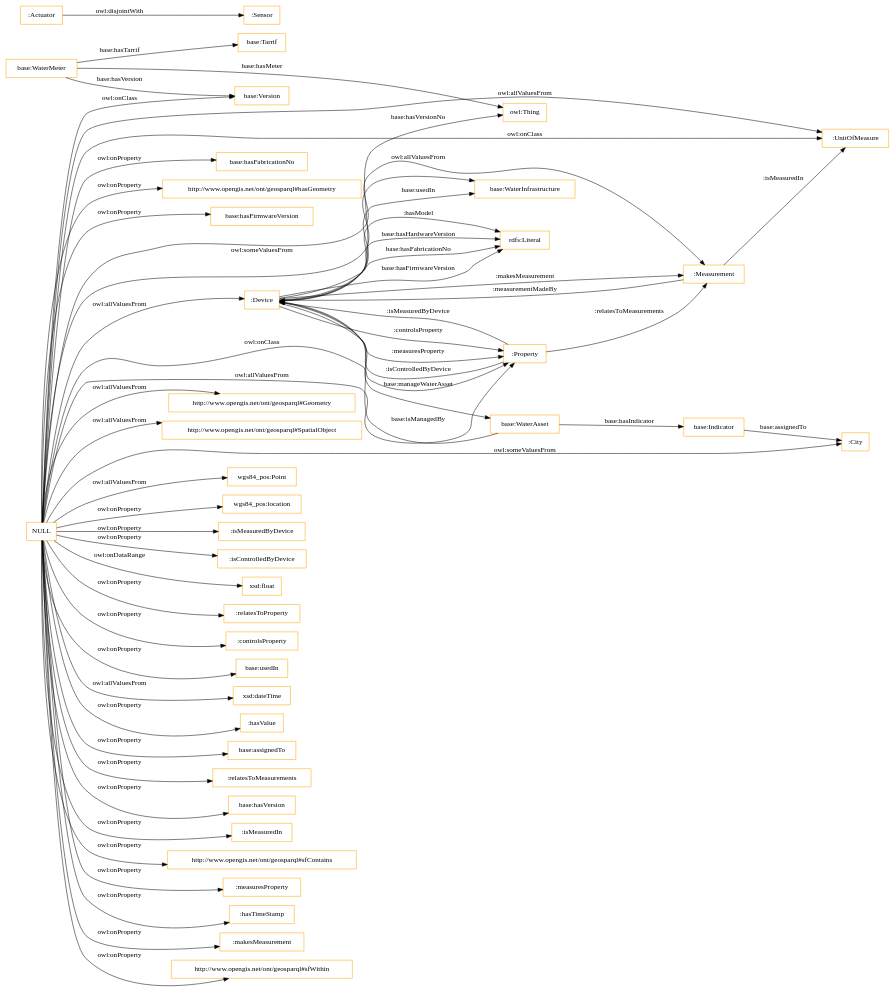
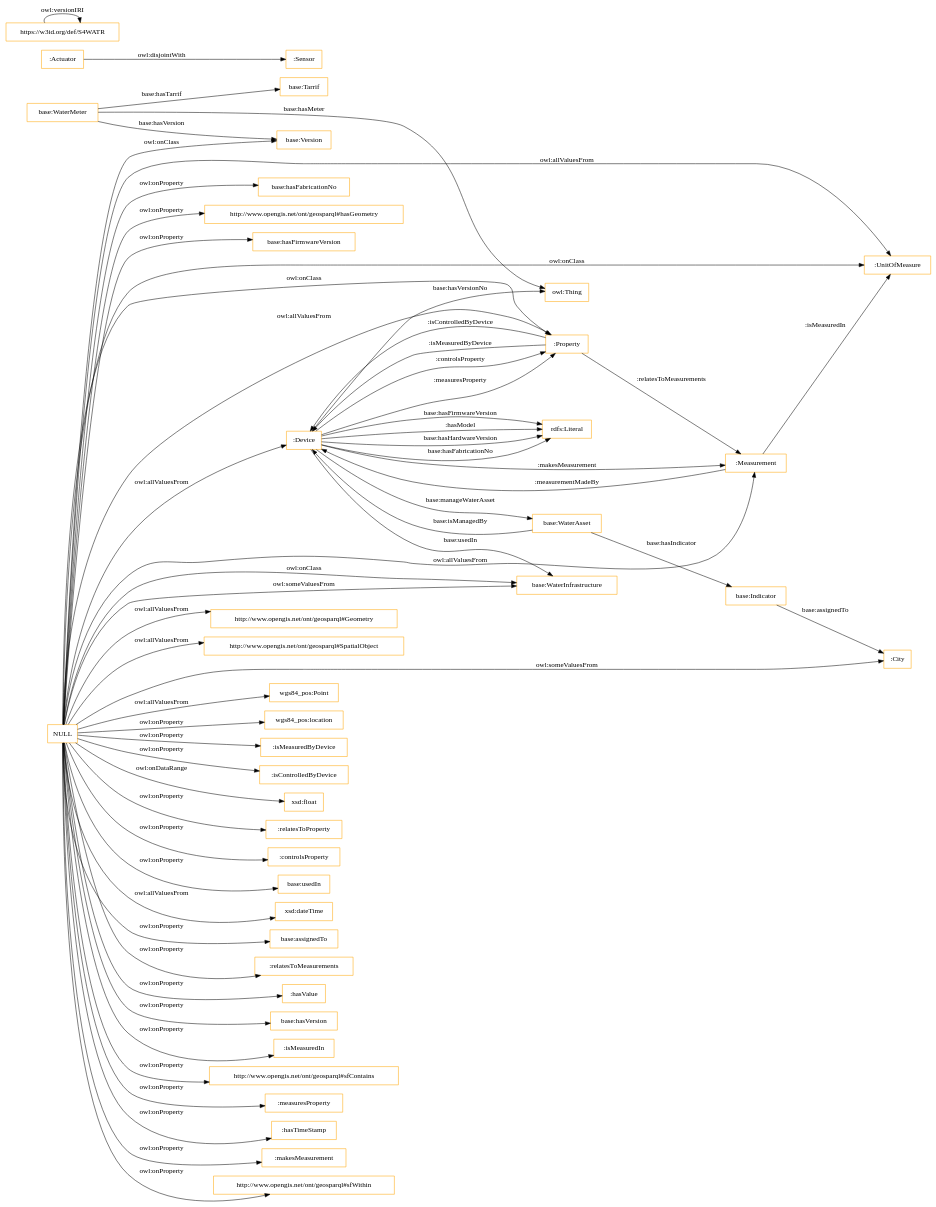
One commit to tiwari2019/S4WATR-1 changed the diagram in OnToology/S4Water.owl/diagrams/ar2dtool-class/S4Water.owl.png.dot. Above: the diagram before and after it, drawn with Graphviz. The commit also changed 7 other files, not shown here.

```diff
--- a/OnToology/S4Water.owl/diagrams/ar2dtool-class/S4Water.owl.png.dot
+++ b/OnToology/S4Water.owl/diagrams/ar2dtool-class/S4Water.owl.png.dot
@@ -1,61 +1,63 @@
 digraph ar2dtool_diagram { 
 rankdir=LR;
 size="1501"
 node [shape = rectangle, color="orange"]; "base:Version" ":Property" "base:WaterAsset" ":Sensor" "base:WaterMeter" "base:WaterInfrastructure" ":Device" "base:Indicator" "http://www.opengis.net/ont/geosparql#Geometry" "http://www.opengis.net/ont/geosparql#SpatialObject" ":UnitOfMeasure" ":City" "base:Tarrif" "wgs84_pos:Point" ":Measurement" ":Actuator" ; /*classes style*/
 	"NULL" -> "wgs84_pos:location" [ label = "owl:onProperty" ];
 	"NULL" -> "wgs84_pos:Point" [ label = "owl:allValuesFrom" ];
 	"NULL" -> ":isMeasuredByDevice" [ label = "owl:onProperty" ];
 	"NULL" -> ":isControlledByDevice" [ label = "owl:onProperty" ];
 	"NULL" -> ":Measurement" [ label = "owl:allValuesFrom" ];
 	"NULL" -> "xsd:float" [ label = "owl:onDataRange" ];
 	"NULL" -> "http://www.opengis.net/ont/geosparql#Geometry" [ label = "owl:allValuesFrom" ];
 	"NULL" -> "base:WaterInfrastructure" [ label = "owl:someValuesFrom" ];
 	"NULL" -> ":relatesToProperty" [ label = "owl:onProperty" ];
-	"NULL" -> ":City" [ label = "owl:someValuesFrom" ];
 	"NULL" -> ":controlsProperty" [ label = "owl:onProperty" ];
 	"NULL" -> "base:usedIn" [ label = "owl:onProperty" ];
+	"NULL" -> ":City" [ label = "owl:someValuesFrom" ];
 	"NULL" -> "xsd:dateTime" [ label = "owl:allValuesFrom" ];
 	"NULL" -> "base:Version" [ label = "owl:onClass" ];
-	"NULL" -> ":hasValue" [ label = "owl:onProperty" ];
+	"NULL" -> "http://www.opengis.net/ont/geosparql#SpatialObject" [ label = "owl:allValuesFrom" ];
 	"NULL" -> "base:assignedTo" [ label = "owl:onProperty" ];
 	"NULL" -> ":relatesToMeasurements" [ label = "owl:onProperty" ];
-	"NULL" -> "http://www.opengis.net/ont/geosparql#SpatialObject" [ label = "owl:allValuesFrom" ];
+	"NULL" -> ":hasValue" [ label = "owl:onProperty" ];
 	"NULL" -> ":Property" [ label = "owl:onClass" ];
 	"NULL" -> "base:hasVersion" [ label = "owl:onProperty" ];
 	"NULL" -> ":UnitOfMeasure" [ label = "owl:allValuesFrom" ];
 	"NULL" -> ":UnitOfMeasure" [ label = "owl:onClass" ];
 	"NULL" -> ":isMeasuredIn" [ label = "owl:onProperty" ];
 	"NULL" -> "http://www.opengis.net/ont/geosparql#sfContains" [ label = "owl:onProperty" ];
 	"NULL" -> ":measuresProperty" [ label = "owl:onProperty" ];
+	"NULL" -> "base:WaterInfrastructure" [ label = "owl:onClass" ];
 	"NULL" -> ":hasTimeStamp" [ label = "owl:onProperty" ];
 	"NULL" -> ":makesMeasurement" [ label = "owl:onProperty" ];
 	"NULL" -> "http://www.opengis.net/ont/geosparql#sfWithin" [ label = "owl:onProperty" ];
 	"NULL" -> "base:hasFabricationNo" [ label = "owl:onProperty" ];
 	"NULL" -> ":Property" [ label = "owl:allValuesFrom" ];
+	"NULL" -> ":Device" [ label = "owl:allValuesFrom" ];
 	"NULL" -> "http://www.opengis.net/ont/geosparql#hasGeometry" [ label = "owl:onProperty" ];
-	"NULL" -> ":Device" [ label = "owl:allValuesFrom" ];
 	"NULL" -> "base:hasFirmwareVersion" [ label = "owl:onProperty" ];
+	"https://w3id.org/def/S4WATR" -> "https://w3id.org/def/S4WATR" [ label = "owl:versionIRI" ];
 	":Actuator" -> ":Sensor" [ label = "owl:disjointWith" ];
 	"base:Indicator" -> ":City" [ label = "base:assignedTo" ];
 	":Measurement" -> ":Device" [ label = ":measurementMadeBy" ];
 	":Device" -> "base:WaterAsset" [ label = "base:manageWaterAsset" ];
 	":Device" -> "rdfs:Literal" [ label = ":hasModel" ];
 	":Property" -> ":Device" [ label = ":isControlledByDevice" ];
 	":Device" -> "owl:Thing" [ label = "base:hasVersionNo" ];
 	":Device" -> "rdfs:Literal" [ label = "base:hasHardwareVersion" ];
 	"base:WaterMeter" -> "base:Version" [ label = "base:hasVersion" ];
 	":Property" -> ":Measurement" [ label = ":relatesToMeasurements" ];
 	":Device" -> ":Measurement" [ label = ":makesMeasurement" ];
 	":Device" -> "rdfs:Literal" [ label = "base:hasFabricationNo" ];
 	":Device" -> "rdfs:Literal" [ label = "base:hasFirmwareVersion" ];
 	":Device" -> ":Property" [ label = ":controlsProperty" ];
 	":Device" -> "base:WaterInfrastructure" [ label = "base:usedIn" ];
 	"base:WaterAsset" -> ":Device" [ label = "base:isManagedBy" ];
 	"base:WaterAsset" -> "base:Indicator" [ label = "base:hasIndicator" ];
 	":Property" -> ":Device" [ label = ":isMeasuredByDevice" ];
 	"base:WaterMeter" -> "base:Tarrif" [ label = "base:hasTarrif" ];
 	"base:WaterMeter" -> "owl:Thing" [ label = "base:hasMeter" ];
 	":Measurement" -> ":UnitOfMeasure" [ label = ":isMeasuredIn" ];
 	":Device" -> ":Property" [ label = ":measuresProperty" ];
 
 }
```
